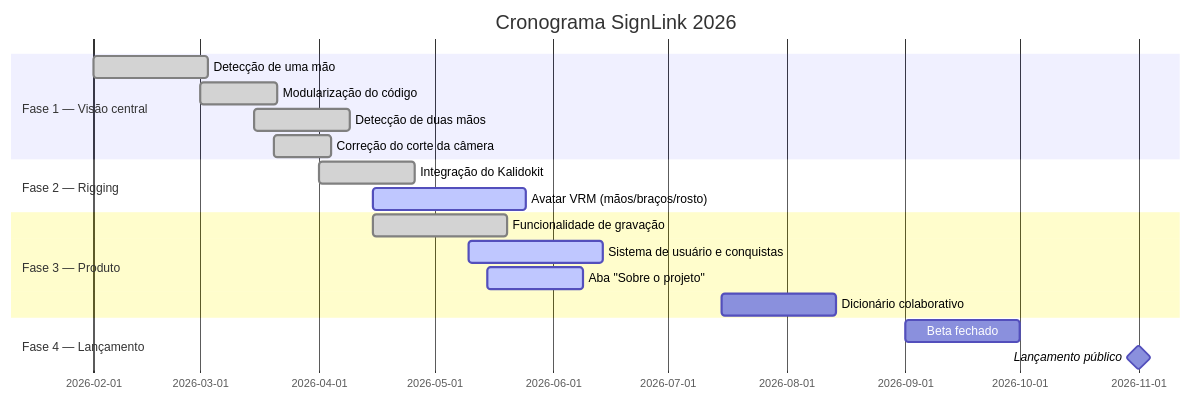
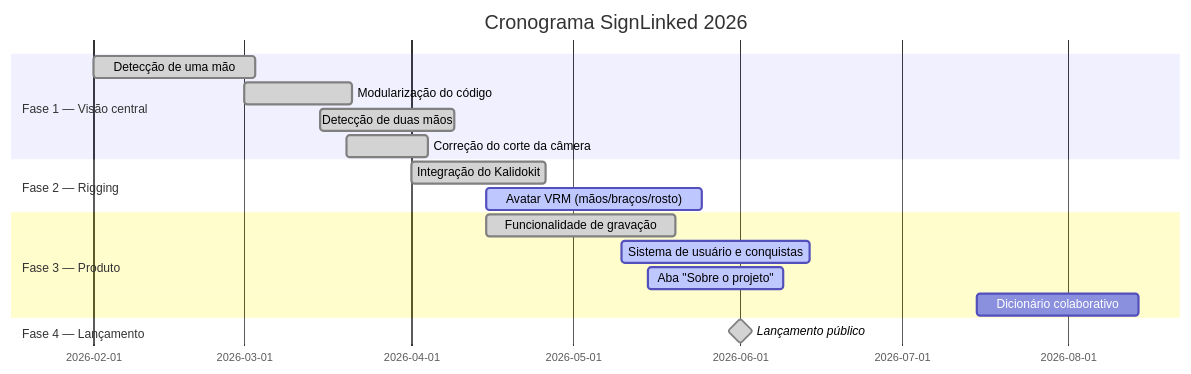
Before and after one commit to GabrielFEmilio/signlink-showcase: the third of 3 diagrams in README.ptbr.md, drawn with Mermaid. The commit also changed other lines of this file, not shown here.

Commit message:
Renomeado SignLink para SignLinked e progressão atualizada

````diff
--- a/README.ptbr.md
+++ b/README.ptbr.md
@@ -258,21 +263,20 @@
 ```mermaid
 gantt
-    title Cronograma SignLink 2026
+    title Cronograma SignLinked 2026
     dateFormat YYYY-MM-DD
     section Fase 1 — Visão central
     Detecção de uma mão           :done,    f1a, 2026-02-01, 30d
     Modularização do código       :done,    f1b, 2026-03-01, 20d
     Detecção de duas mãos         :done,    f1c, 2026-03-15, 25d
     Correção do corte da câmera   :done,    f1d, 2026-03-20, 15d
     section Fase 2 — Rigging
     Integração do Kalidokit       :done,    f2a, 2026-04-01, 25d
     Avatar VRM (mãos/braços/rosto) :active,  f2b, 2026-04-15, 40d
     section Fase 3 — Produto
     Funcionalidade de gravação    :done,    f3b, 2026-04-15, 35d
     Sistema de usuário e conquistas :active, f3a, 2026-05-10, 35d
     Aba "Sobre o projeto"         :active,  f3c, 2026-05-15, 25d
     Dicionário colaborativo       :         f3d, 2026-07-15, 30d
     section Fase 4 — Lançamento
-    Beta fechado                  :         f4a, 2026-09-01, 30d
-    Lançamento público            :milestone, f4b, 2026-11-01, 0d
+    Lançamento público            :milestone, done, f4b, 2026-06-01, 0d
 ```
````
